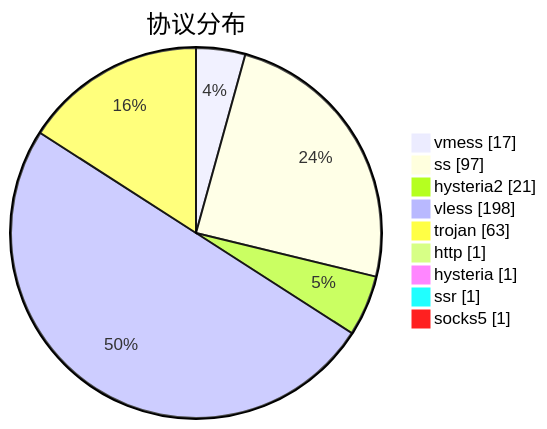
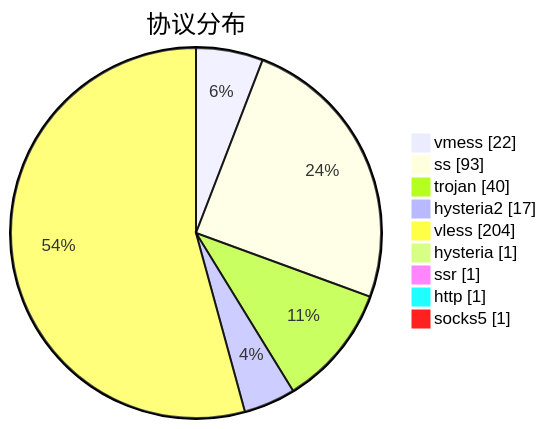
One commit to sinspired/airport changed the third of 3 diagrams in subs/statistics/tested_within.md. Above: the diagram before and after it, drawn with Mermaid. The commit also changed other lines of this file and 2 other files, not shown here.

````diff
--- a/subs/statistics/tested_within.md
+++ b/subs/statistics/tested_within.md
@@ -48,13 +47,13 @@
 ```mermaid
 pie showData
 title 协议分布
-"vmess" : 17
-"ss" : 97
-"hysteria2" : 21
-"vless" : 198
-"trojan" : 63
-"http" : 1
+"vmess" : 22
+"ss" : 93
+"trojan" : 40
+"hysteria2" : 17
+"vless" : 204
 "hysteria" : 1
 "ssr" : 1
+"http" : 1
 "socks5" : 1
 ```
````
